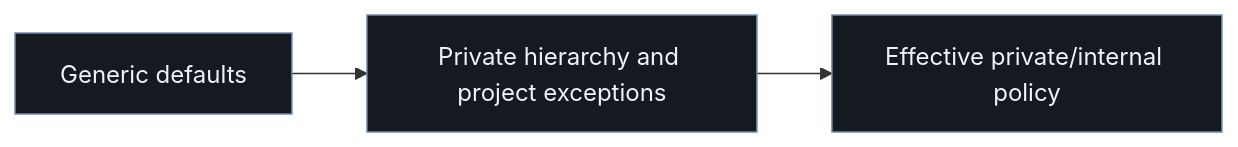
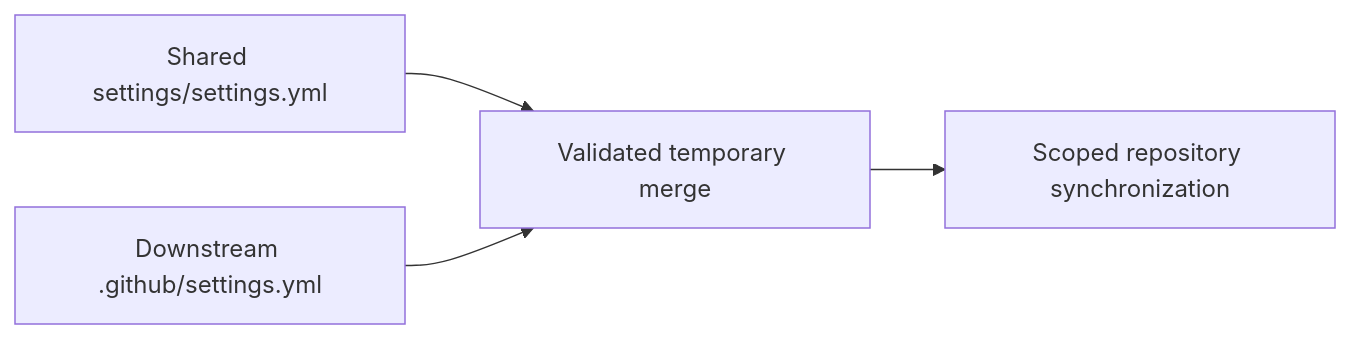
The diagram in .github/review-evidence/organization-settings/work.mmd (astrivant/.github), drawn with Mermaid before and after one commit. The commit also changed 3 other files, not shown here.

Commit message:
Keep shared defaults at settings/settings.yml

```diff
--- a/.github/review-evidence/organization-settings/work.mmd
+++ b/.github/review-evidence/organization-settings/work.mmd
@@ -1,4 +1,4 @@
 flowchart LR
-  generic["Generic defaults"] --> hierarchy["Private hierarchy and project exceptions"]
-  hierarchy --> effective["Effective private/internal policy"]
-classDef default fill:#151920,stroke:#728cb0,color:#f1f4f7;
+  defaults["Shared settings/settings.yml"] --> merge["Validated temporary merge"]
+  project["Downstream .github/settings.yml"] --> merge
+  merge --> sync["Scoped repository synchronization"]
```
